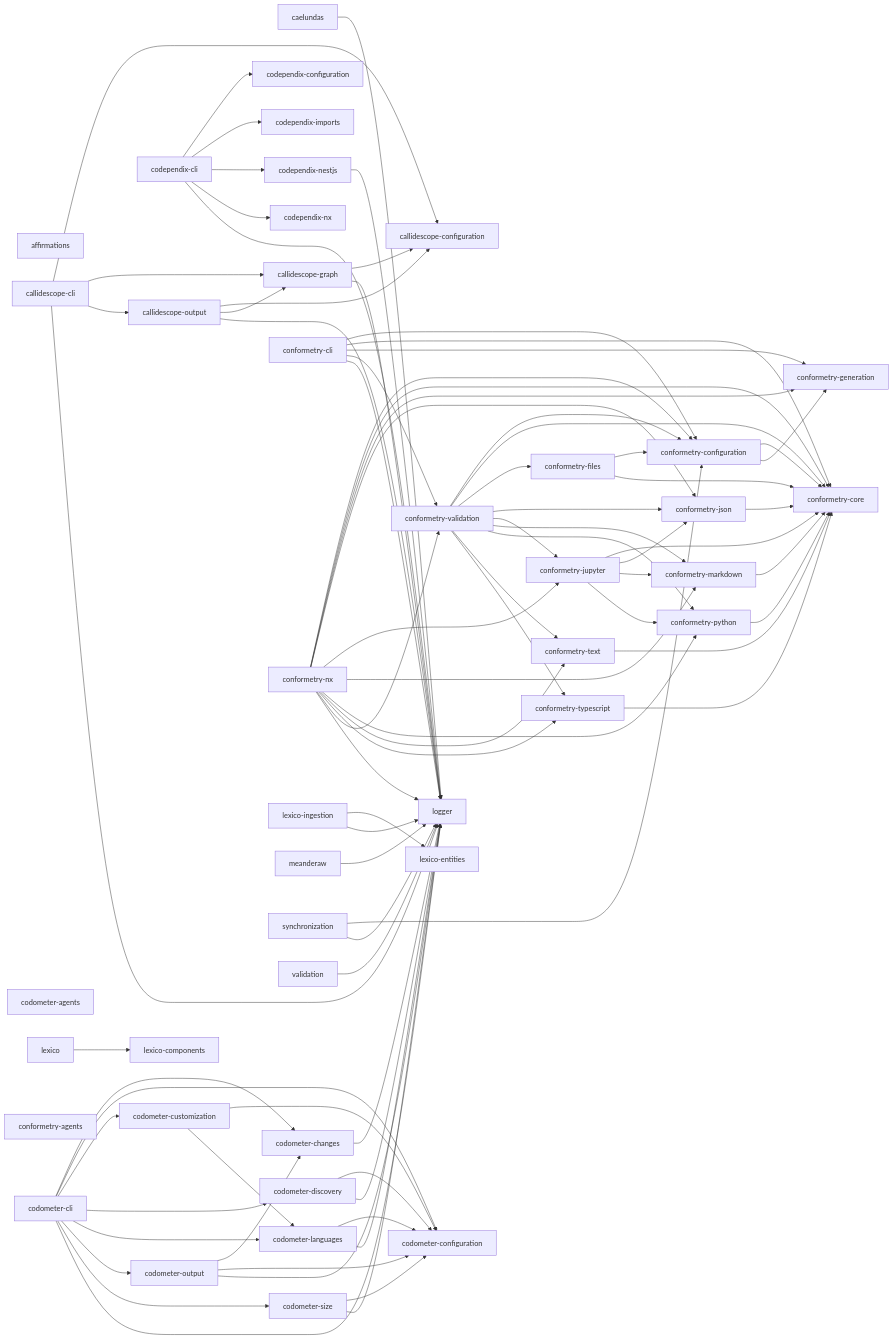
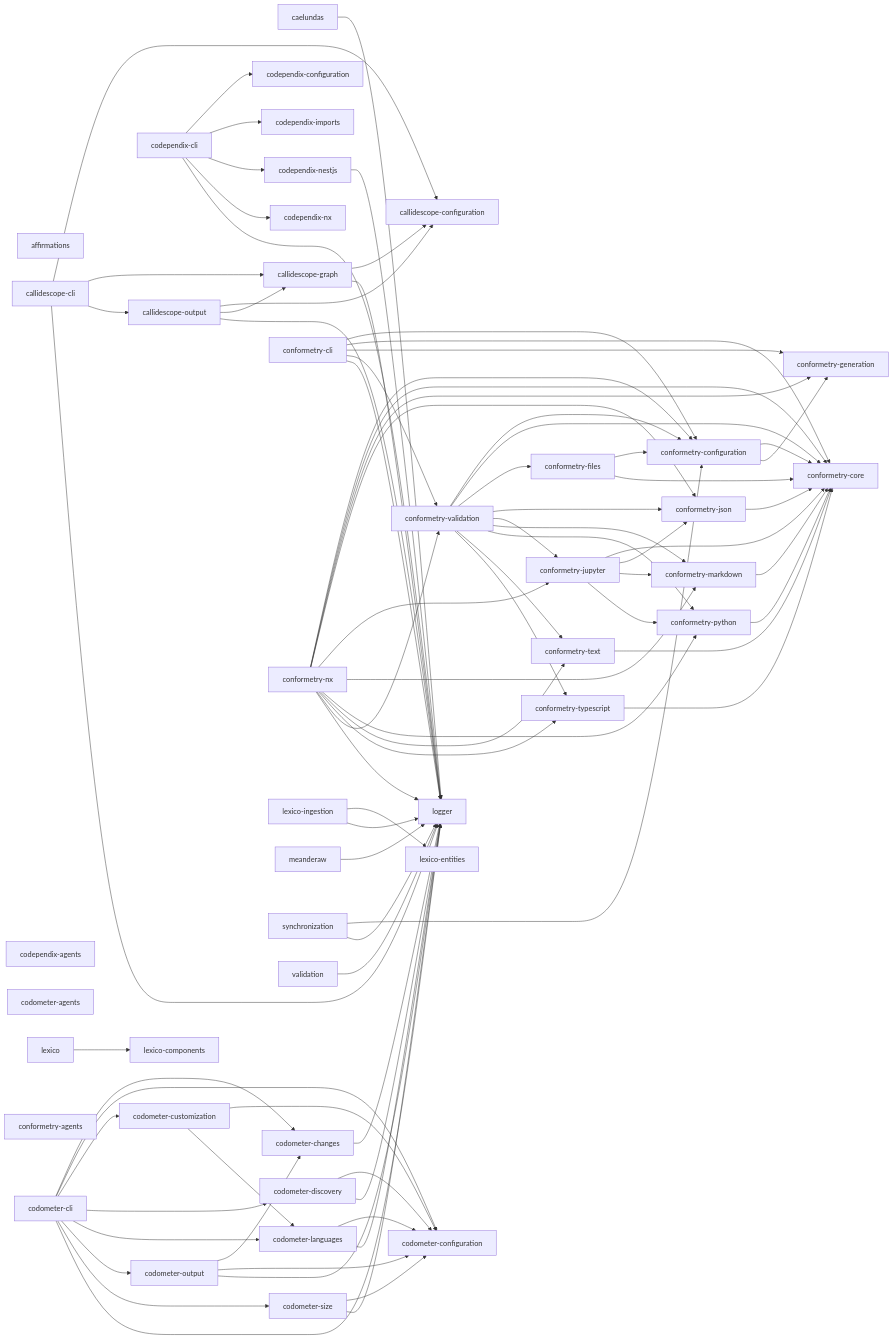
Before and after one commit to JimmyPaolini/codebase: the diagram in README.md, drawn with Mermaid. The commit also changed other lines of this file and 16 other files, not shown here.

```diff
--- a/README.md
+++ b/README.md
@@ -175,6 +176,7 @@
   callidescope_configuration["callidescope-configuration"]
   callidescope_graph["callidescope-graph"]
   callidescope_output["callidescope-output"]
+  codependix_agents["codependix-agents"]
   codependix_cli["codependix-cli"]
   codependix_configuration["codependix-configuration"]
   codependix_imports["codependix-imports"]
```
